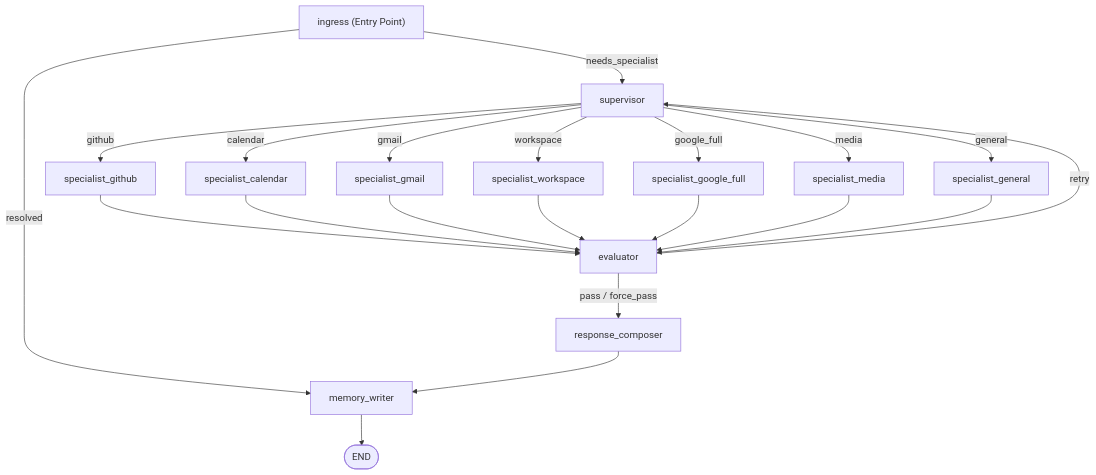
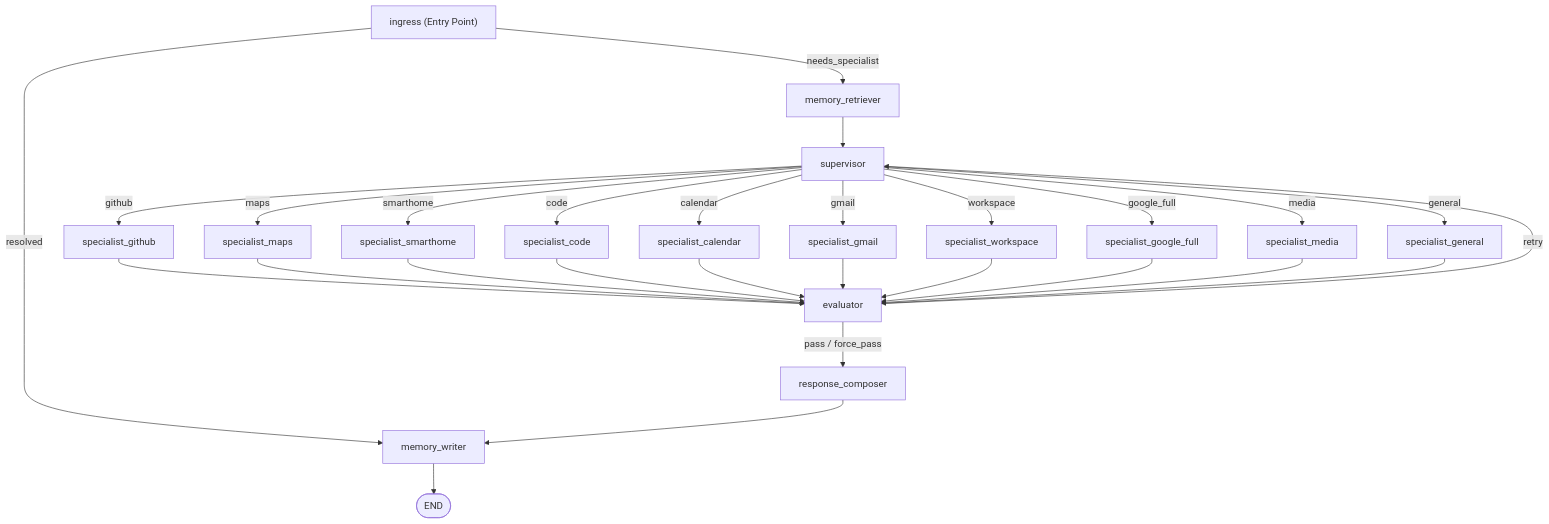
The diagram in docs/architecture/AGENT_GRAPH.md (hdhminh/mia-agent), drawn with Mermaid before and after one commit. The commit also changed other lines of this file and 10 other files, not shown here.

First line of the commit message:
docs: refresh architecture, security, deployment, and capability docs

````diff
--- a/docs/architecture/AGENT_GRAPH.md
+++ b/docs/architecture/AGENT_GRAPH.md
@@ -9,48 +9,59 @@
 ```mermaid
 graph TD
     ingress["ingress (Entry Point)"]
+    memory_retriever["memory_retriever"]
     supervisor["supervisor"]
     evaluator["evaluator"]
     response_composer["response_composer"]
     memory_writer["memory_writer"]
     end_node(["END"])
 
     %% Specialist nodes
     github["specialist_github"]
+    maps["specialist_maps"]
+    smarthome["specialist_smarthome"]
+    code["specialist_code"]
     calendar["specialist_calendar"]
     gmail["specialist_gmail"]
     workspace["specialist_workspace"]
     google_full["specialist_google_full"]
     media["specialist_media"]
     general["specialist_general"]
 
     %% Ingress routing
     ingress -->|resolved| memory_writer
-    ingress -->|needs_specialist| supervisor
+    ingress -->|needs_specialist| memory_retriever
+    memory_retriever --> supervisor
 
     %% Supervisor routing
     supervisor -->|github| github
+    supervisor -->|maps| maps
+    supervisor -->|smarthome| smarthome
+    supervisor -->|code| code
     supervisor -->|calendar| calendar
     supervisor -->|gmail| gmail
     supervisor -->|workspace| workspace
     supervisor -->|google_full| google_full
     supervisor -->|media| media
     supervisor -->|general| general
 
     %% Specialist transitions
     github --> evaluator
+    maps --> evaluator
+    smarthome --> evaluator
+    code --> evaluator
     calendar --> evaluator
     gmail --> evaluator
     workspace --> evaluator
     google_full --> evaluator
     media --> evaluator
     general --> evaluator
 
     %% Evaluator routing
     evaluator -->|retry| supervisor
     evaluator -->|pass / force_pass| response_composer
 
     %% Termination path
     response_composer --> memory_writer
     memory_writer --> end_node
 ```
````
